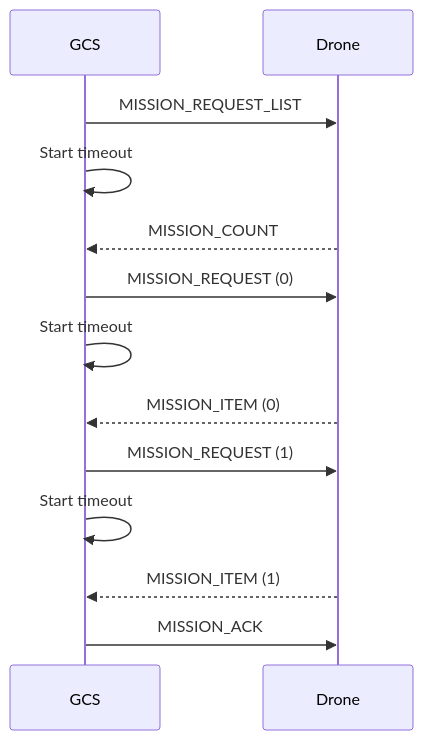
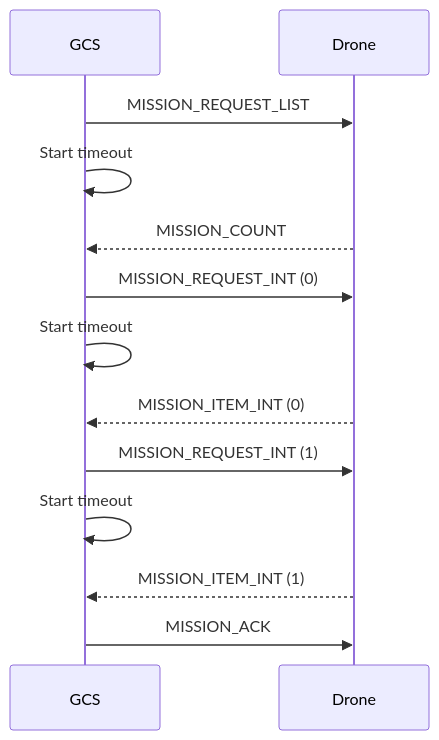
One commit to mavlink/mavlink-devguide changed the second of 4 diagrams in en/protocol/mission.md. Above: the diagram before and after it, drawn with Mermaid. The commit also changed other lines of this file, not shown here.

Commit message:
Add mission command info to mission protocol

```diff
--- a/en/protocol/mission.md
+++ b/en/protocol/mission.md
@@ -90,15 +126,15 @@
 {% mermaid %}
 sequenceDiagram;
     participant GCS
     participant Drone
     GCS->>Drone: MISSION_REQUEST_LIST
     GCS->>GCS: Start timeout
     Drone-->>GCS: MISSION_COUNT
-    GCS->>Drone: MISSION_REQUEST (0)
+    GCS->>Drone: MISSION_REQUEST_INT (0)
     GCS->>GCS: Start timeout
-    Drone-->>GCS: MISSION_ITEM (0)
-    GCS->>Drone: MISSION_REQUEST (1)
+    Drone-->>GCS: MISSION_ITEM_INT (0)
+    GCS->>Drone: MISSION_REQUEST_INT (1)
     GCS->>GCS: Start timeout
-    Drone-->>GCS: MISSION_ITEM (1)
+    Drone-->>GCS: MISSION_ITEM_INT (1)
     GCS->>Drone: MISSION_ACK
 {% endmermaid %}
```
